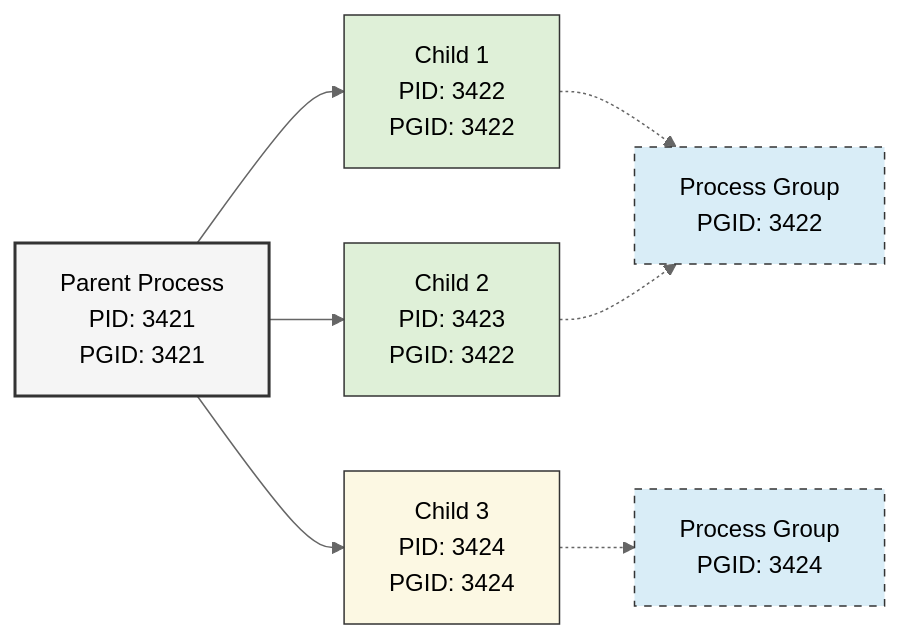
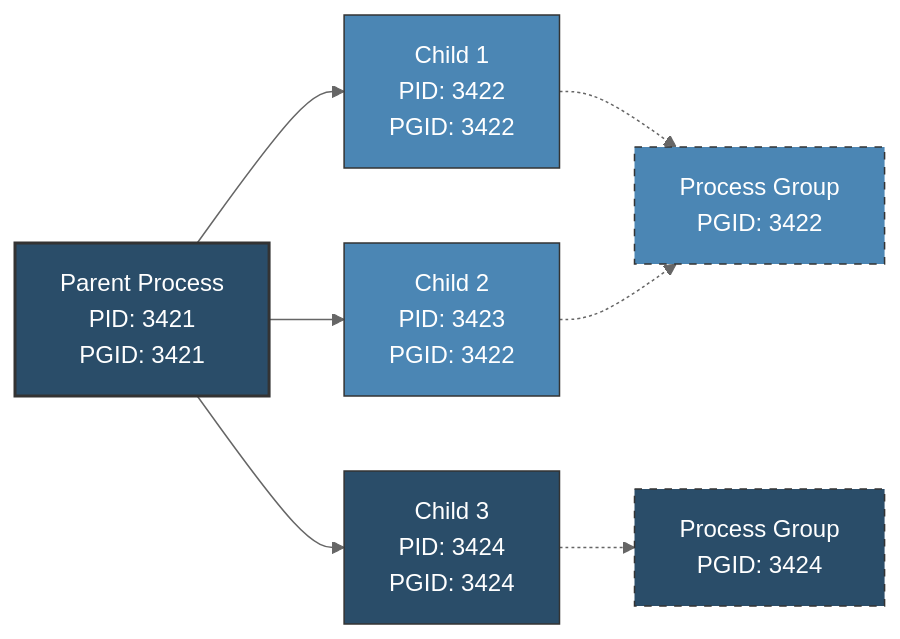
One commit to Ananya-Addisu/Endless-OS changed the ninth of 9 diagrams in README.md. Above: the diagram before and after it, drawn with Mermaid (neutral theme). The commit also changed other lines of this file, not shown here.

````diff
--- a/README.md
+++ b/README.md
@@ -628,17 +654,17 @@
 ```mermaid
 graph LR
     A[Parent Process<br>PID: 3421<br>PGID: 3421] --> B[Child 1<br>PID: 3422<br>PGID: 3422]
     A --> C[Child 2<br>PID: 3423<br>PGID: 3422]
     A --> D[Child 3<br>PID: 3424<br>PGID: 3424]
     
     B -.-> E[Process Group<br>PGID: 3422]
     C -.-> E
     D -.-> F[Process Group<br>PGID: 3424]
     
-    style A fill:#f5f5f5,stroke:#333,stroke-width:2px
-    style B fill:#dff0d8,stroke:#333,stroke-width:1px
-    style C fill:#dff0d8,stroke:#333,stroke-width:1px
-    style D fill:#fcf8e3,stroke:#333,stroke-width:1px
-    style E fill:#d9edf7,stroke:#333,stroke-width:1px,stroke-dasharray: 5 5
-    style F fill:#d9edf7,stroke:#333,stroke-width:1px,stroke-dasharray: 5 5
+    style A fill:#2A4D69,stroke:#333,stroke-width:2px,color:#ffffff
+    style B fill:#4B86B4,stroke:#333,stroke-width:1px,color:#ffffff
+    style C fill:#4B86B4,stroke:#333,stroke-width:1px,color:#ffffff
+    style D fill:#2A4D69,stroke:#333,stroke-width:1px,color:#ffffff
+    style E fill:#4B86B4,stroke:#333,stroke-width:1px,color:#ffffff,stroke-dasharray: 5 5
+    style F fill:#2A4D69,stroke:#333,stroke-width:1px,color:#ffffff,stroke-dasharray: 5 5
 ```
````
